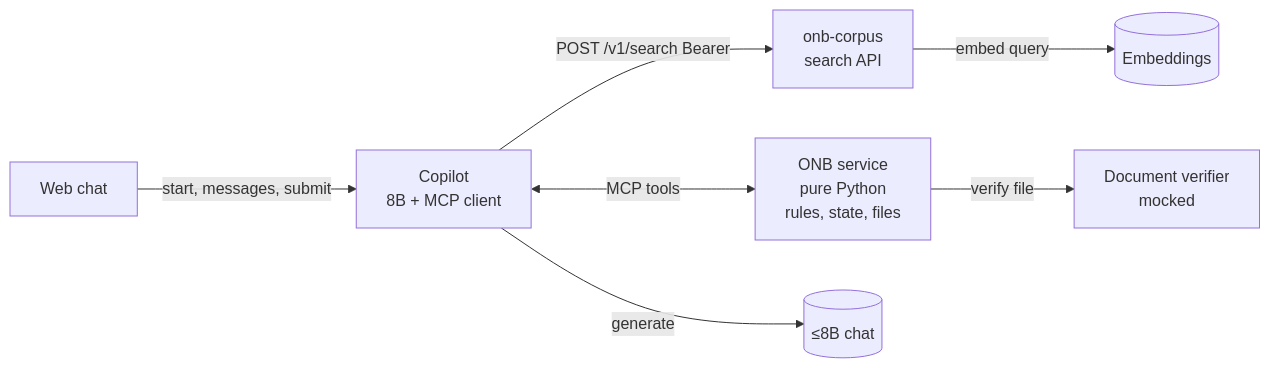
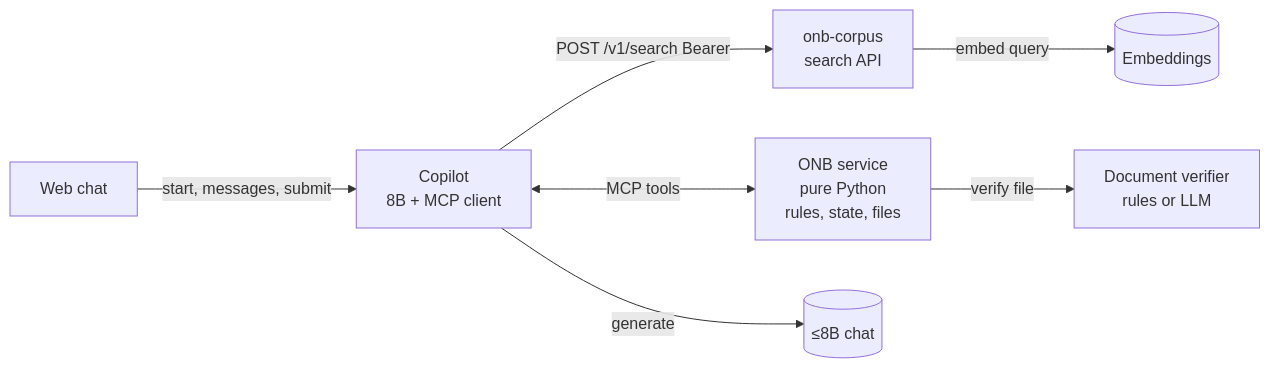
One commit to Capstone-iPe/analysis changed the diagram in README.md. Above: the diagram before and after it, drawn with Mermaid. The commit also changed other lines of this file and 1 other file, not shown here.

Commit message:
Bring the mentor status in line with history, file bytes, and the document checker.

````diff
--- a/README.md
+++ b/README.md
@@ -22,17 +22,17 @@
 ```mermaid
 flowchart LR
   FE[Web chat]
   A[Copilot<br/>8B + MCP client]
   ONB[ONB service<br/>pure Python<br/>rules, state, files]
   C[onb-corpus<br/>search API]
-  DV[Document verifier<br/>mocked]
+  DV[Document verifier<br/>rules or LLM]
   M[(≤8B chat)]
   E[(Embeddings)]
 
   FE -->|start, messages, submit| A
   A -->|generate| M
   A -->|"POST /v1/search Bearer"| C
   C -->|embed query| E
   A <-->|MCP tools| ONB
   ONB -->|verify file| DV
 ```
````
